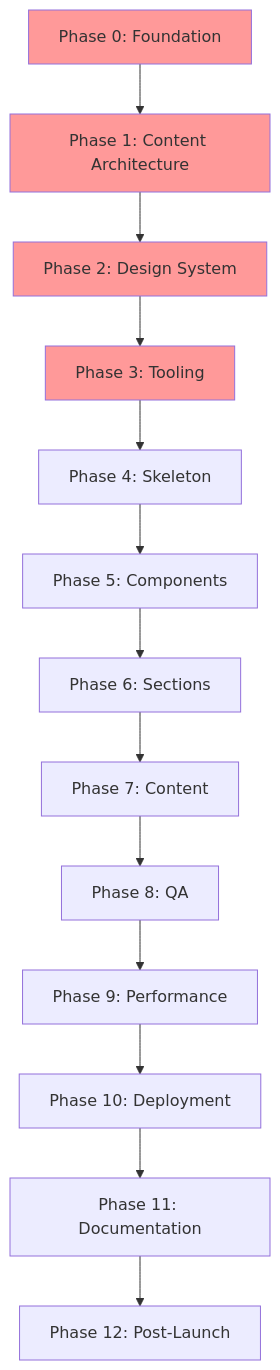
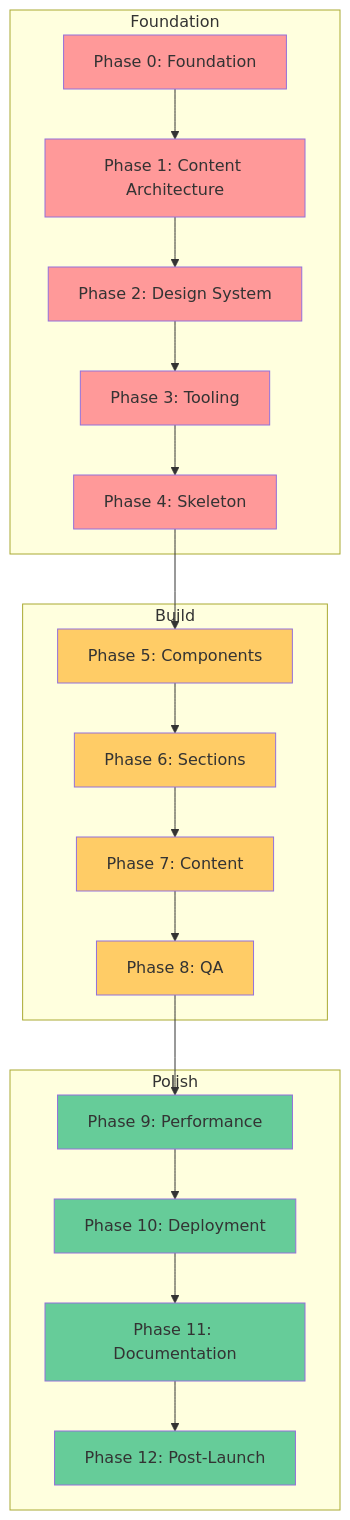
Before and after one commit to clownware/astro-performance-starter: the diagram in docs/implementation-guides/README.md, drawn with Mermaid. The commit also changed other lines of this file and 76 other files, not shown here.

````diff
--- a/docs/implementation-guides/README.md
+++ b/docs/implementation-guides/README.md
@@ -22,20 +25,51 @@
 ```mermaid
 graph TD
     P0[Phase 0: Foundation] --> P1[Phase 1: Content Architecture]
     P1 --> P2[Phase 2: Design System]
     P2 --> P3[Phase 3: Tooling]
     P3 --> P4[Phase 4: Skeleton]
     P4 --> P5[Phase 5: Components]
     P5 --> P6[Phase 6: Sections]
     P6 --> P7[Phase 7: Content]
     P7 --> P8[Phase 8: QA]
     P8 --> P9[Phase 9: Performance]
     P9 --> P10[Phase 10: Deployment]
     P10 --> P11[Phase 11: Documentation]
     P11 --> P12[Phase 12: Post-Launch]
-    
+
+    subgraph Foundation
+        P0
+        P1
+        P2
+        P3
+        P4
+    end
+
+    subgraph Build
+        P5
+        P6
+        P7
+        P8
+    end
+
+    subgraph Polish
+        P9
+        P10
+        P11
+        P12
+    end
+
     style P0 fill:#ff9999
     style P1 fill:#ff9999
     style P2 fill:#ff9999
     style P3 fill:#ff9999
+    style P4 fill:#ff9999
+    style P5 fill:#ffcc66
+    style P6 fill:#ffcc66
+    style P7 fill:#ffcc66
+    style P8 fill:#ffcc66
+    style P9 fill:#66cc99
+    style P10 fill:#66cc99
+    style P11 fill:#66cc99
+    style P12 fill:#66cc99
 ```
````
